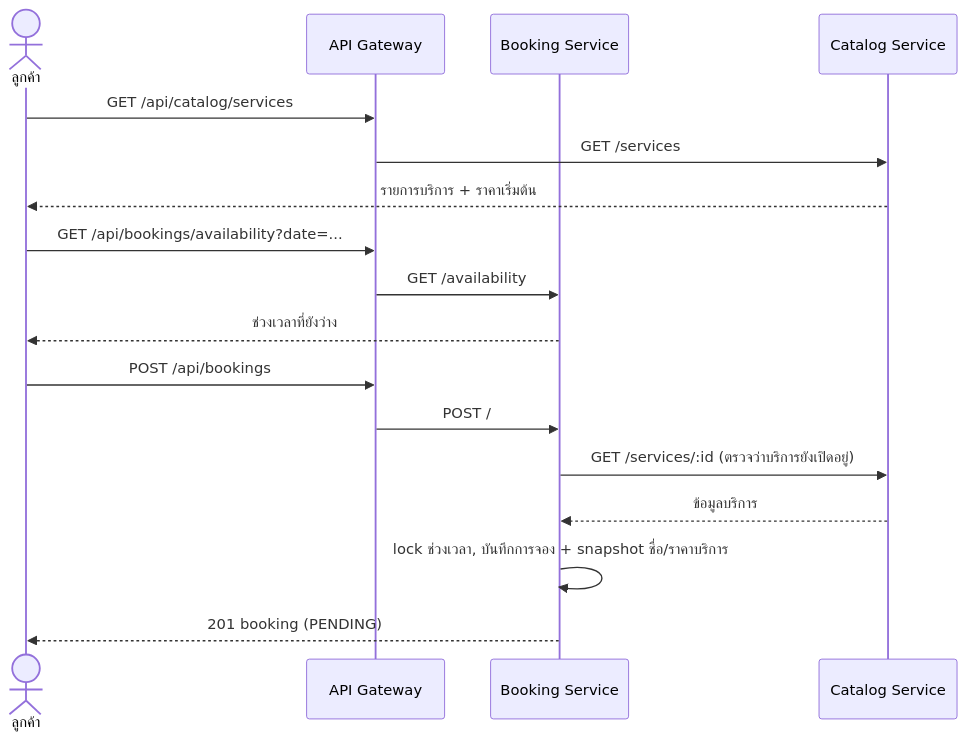
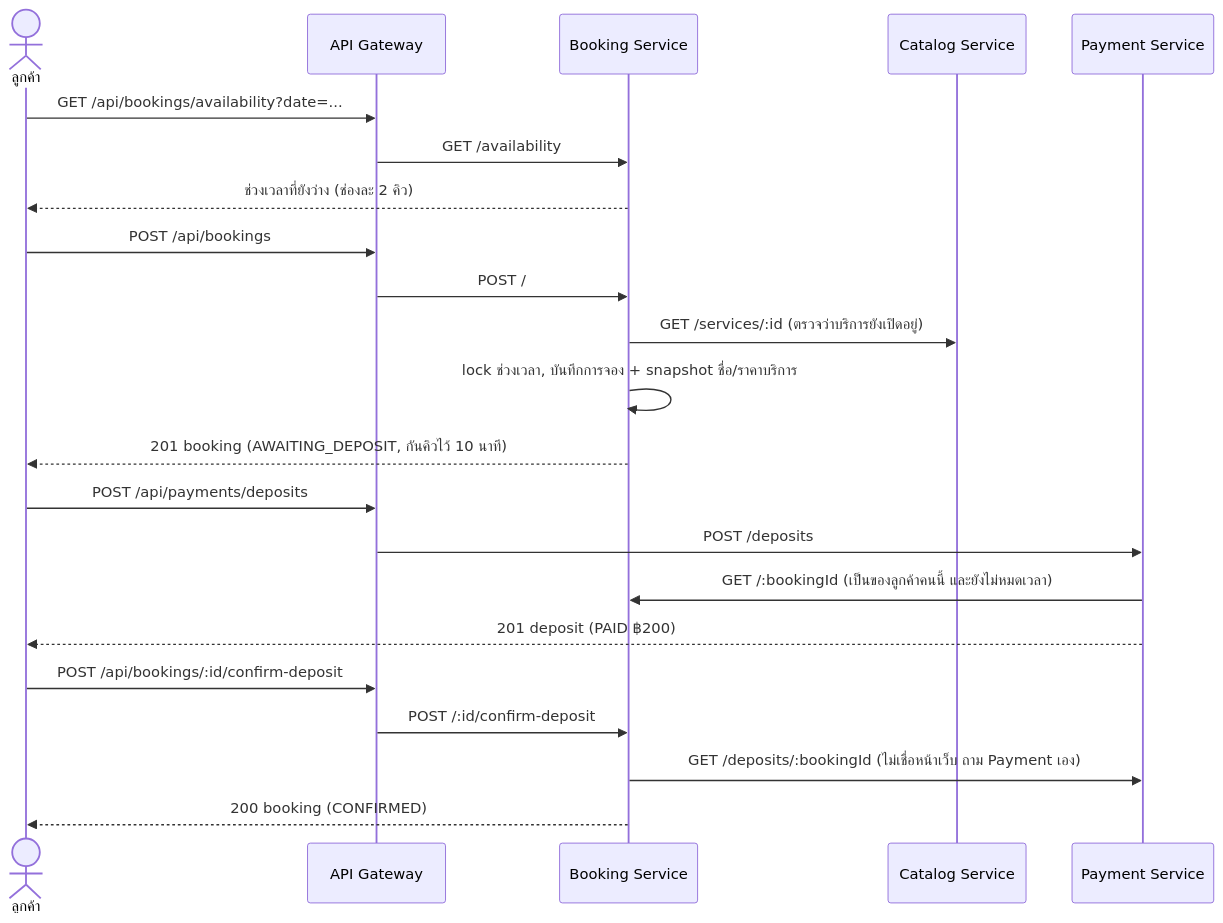
One commit to Best-Boun/Com-tle changed the second of 2 diagrams in README.md. Above: the diagram before and after it, drawn with Mermaid. The commit also changed other lines of this file, not shown here.

First line of the commit message:
docs: bring README in line with the current flows

````diff
--- a/README.md
+++ b/README.md
@@ -73,19 +77,24 @@
 ```mermaid
 sequenceDiagram
     actor C as ลูกค้า
     participant GW as API Gateway
     participant BS as Booking Service
     participant CS as Catalog Service
-    C->>GW: GET /api/catalog/services
-    GW->>CS: GET /services
-    CS-->>C: รายการบริการ + ราคาเริ่มต้น
+    participant PS as Payment Service
     C->>GW: GET /api/bookings/availability?date=...
     GW->>BS: GET /availability
-    BS-->>C: ช่วงเวลาที่ยังว่าง
+    BS-->>C: ช่วงเวลาที่ยังว่าง (ช่องละ 2 คิว)
     C->>GW: POST /api/bookings
     GW->>BS: POST /
     BS->>CS: GET /services/:id (ตรวจว่าบริการยังเปิดอยู่)
-    CS-->>BS: ข้อมูลบริการ
     BS->>BS: lock ช่วงเวลา, บันทึกการจอง + snapshot ชื่อ/ราคาบริการ
-    BS-->>C: 201 booking (PENDING)
+    BS-->>C: 201 booking (AWAITING_DEPOSIT, กันคิวไว้ 10 นาที)
+    C->>GW: POST /api/payments/deposits
+    GW->>PS: POST /deposits
+    PS->>BS: GET /:bookingId (เป็นของลูกค้าคนนี้ และยังไม่หมดเวลา)
+    PS-->>C: 201 deposit (PAID ฿200)
+    C->>GW: POST /api/bookings/:id/confirm-deposit
+    GW->>BS: POST /:id/confirm-deposit
+    BS->>PS: GET /deposits/:bookingId (ไม่เชื่อหน้าเว็บ ถาม Payment เอง)
+    BS-->>C: 200 booking (CONFIRMED)
 ```
````
